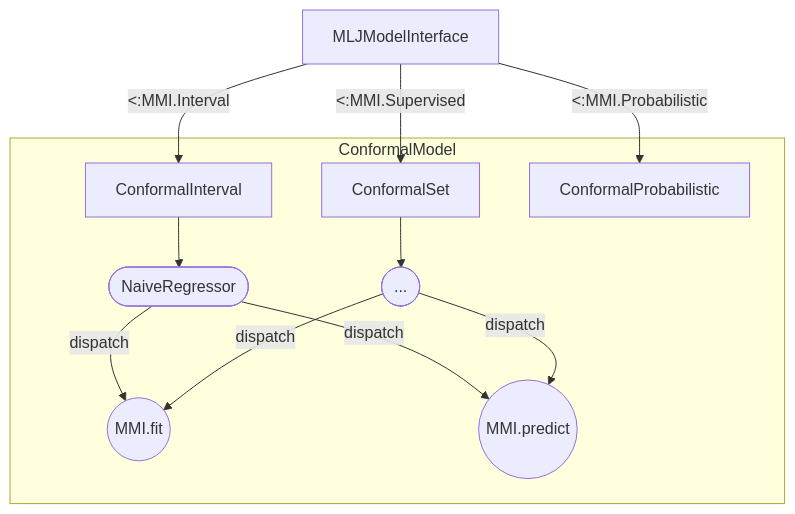
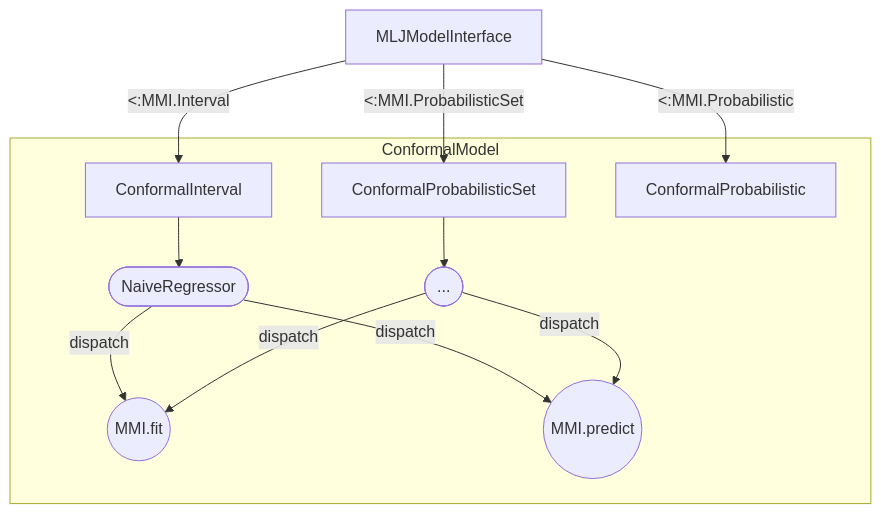
One commit to JuliaTrustworthyAI/ConformalPrediction.jl changed the diagram in docs/src/explanation/architecture.qmd. Above: the diagram before and after it, drawn with Mermaid. The commit also changed 3 other files, not shown here.

````diff
--- a/docs/src/explanation/architecture.qmd
+++ b/docs/src/explanation/architecture.qmd
@@ -7,21 +7,21 @@
 ```{mermaid}
 %%| echo: false
 flowchart TB
     mmi[MLJModelInterface]
-    subgraph ConformalModel
+    subgraph ConformalModel 
         interval[ConformalInterval]
-        set[ConformalSet]
+        set[ConformalProbabilisticSet]
         prob[ConformalProbabilistic]
         struct1([NaiveRegressor])
         struct2([...])
         fit((MMI.fit))
         predict((MMI.predict))
         interval --> struct1
         set --> struct2
         struct1 & struct2 --dispatch--> fit & predict
     end
     
     mmi --<:MMI.Interval--> interval
-    mmi --<:MMI.Supervised--> set
+    mmi --<:MMI.ProbabilisticSet--> set
     mmi --<:MMI.Probabilistic--> prob
 ```
````
